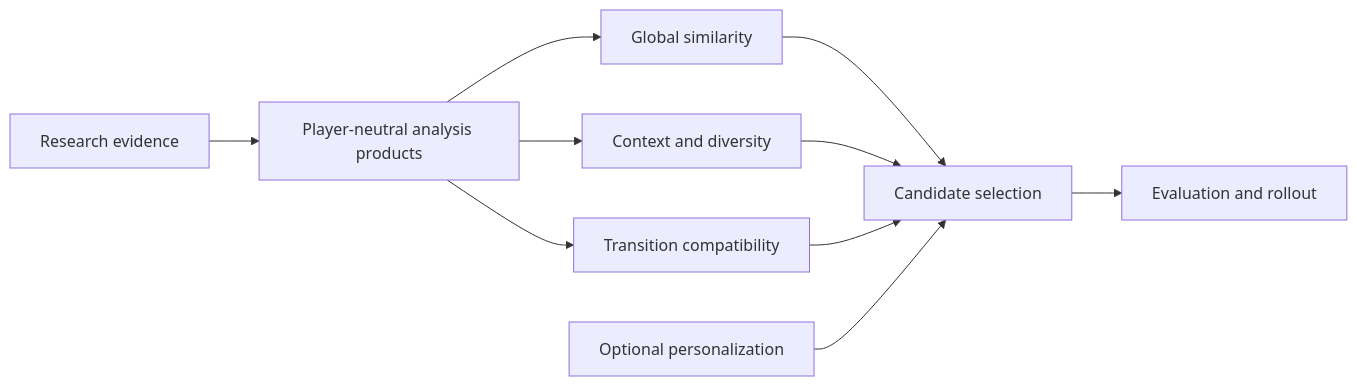
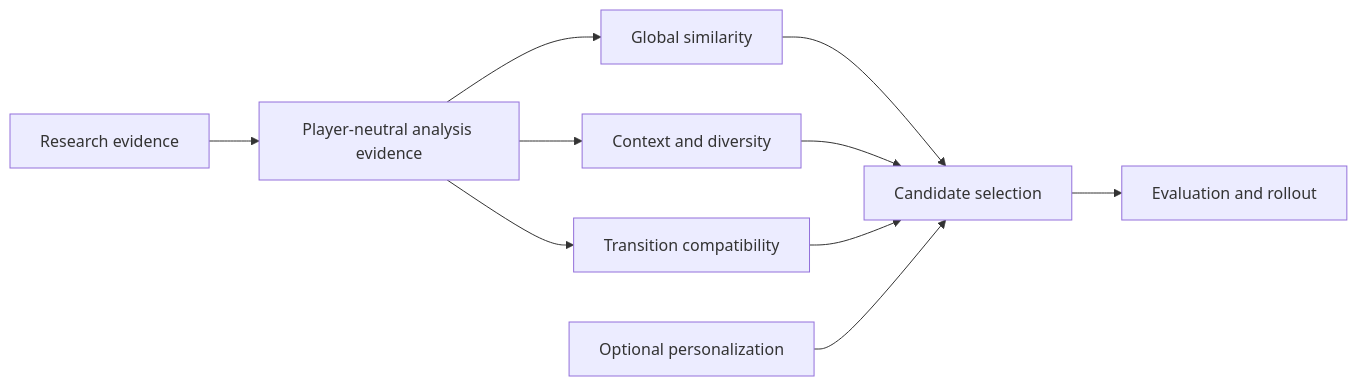
One commit to chrober/bliss-similarity-design changed the diagram in docs/index.md. Above: the diagram before and after it, drawn with Mermaid. The commit also changed other lines of this file and 20 other files, not shown here.

Commit message:
Reframe analysis docs as research considerations

````diff
--- a/docs/index.md
+++ b/docs/index.md
@@ -17,12 +18,12 @@
 ```mermaid
 flowchart LR
-    R[Research evidence] --> A[Player-neutral analysis products]
+    R[Research evidence] --> A[Player-neutral analysis evidence]
     A --> G[Global similarity]
     A --> C[Context and diversity]
     A --> T[Transition compatibility]
     G --> S[Candidate selection]
     C --> S
     T --> S
     P[Optional personalization] --> S
     S --> E[Evaluation and rollout]
 ```
````
